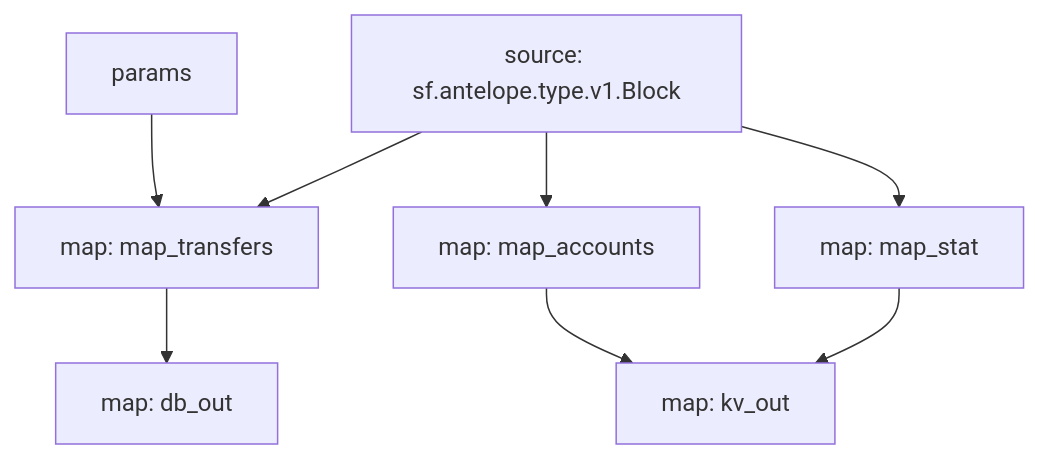
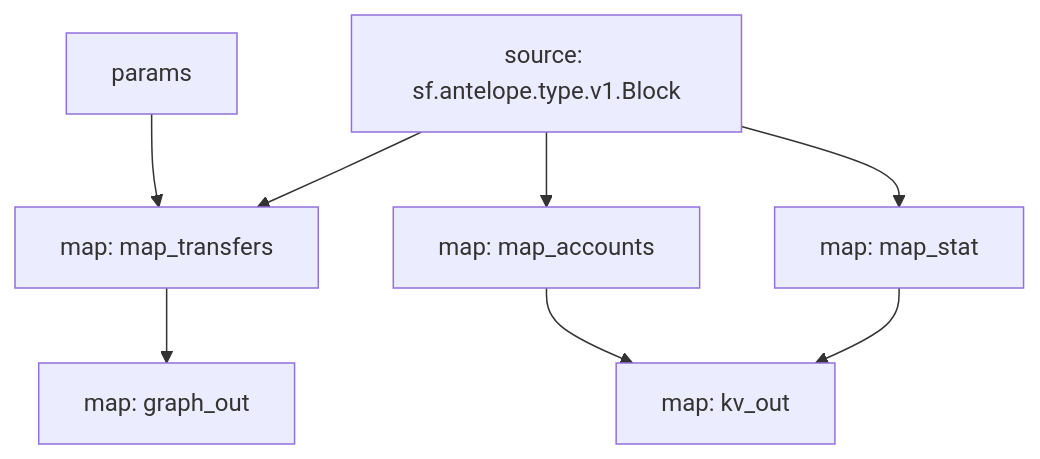
The diagram in eosio.token/README.md (pinax-network/substreams), drawn with Mermaid before and after one commit. The commit also changed other lines of this file and 4 other files, not shown here.

Commit message:
Replaced db_out with graph_out in eosio.token

````diff
--- a/eosio.token/README.md
+++ b/eosio.token/README.md
@@ -34,15 +34,15 @@
 ```mermaid
 graph TD;
   map_transfers[map: map_transfers];
   map_transfers:params[params] --> map_transfers;
   sf.antelope.type.v1.Block[source: sf.antelope.type.v1.Block] --> map_transfers;
   map_accounts[map: map_accounts];
   sf.antelope.type.v1.Block[source: sf.antelope.type.v1.Block] --> map_accounts;
   map_stat[map: map_stat];
   sf.antelope.type.v1.Block[source: sf.antelope.type.v1.Block] --> map_stat;
-  db_out[map: db_out];
-  map_transfers --> db_out;
+  graph_out[map: graph_out];
+  map_transfers --> graph_out;
   kv_out[map: kv_out];
   map_accounts --> kv_out;
   map_stat --> kv_out;
 ```
````
